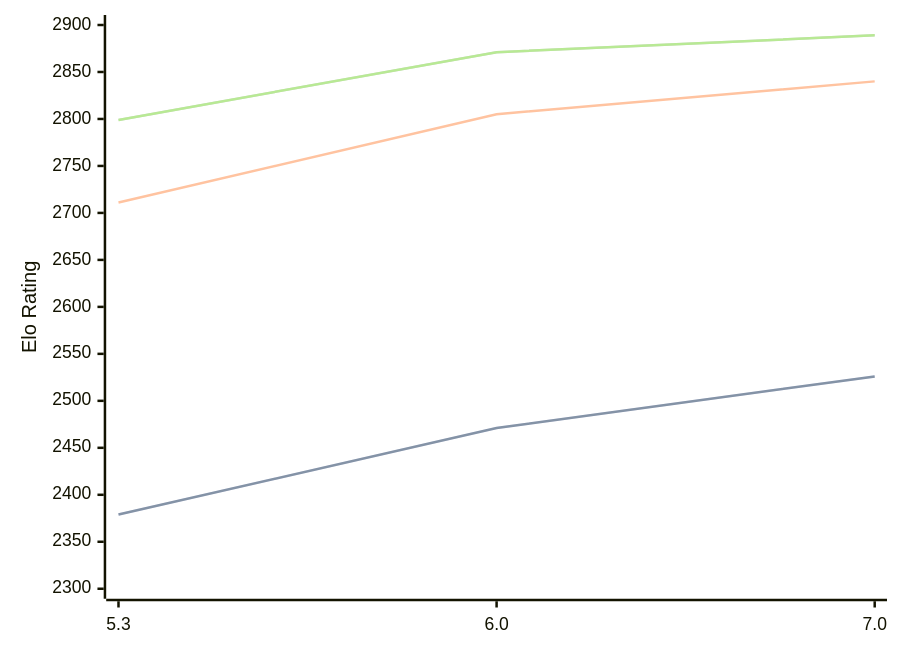
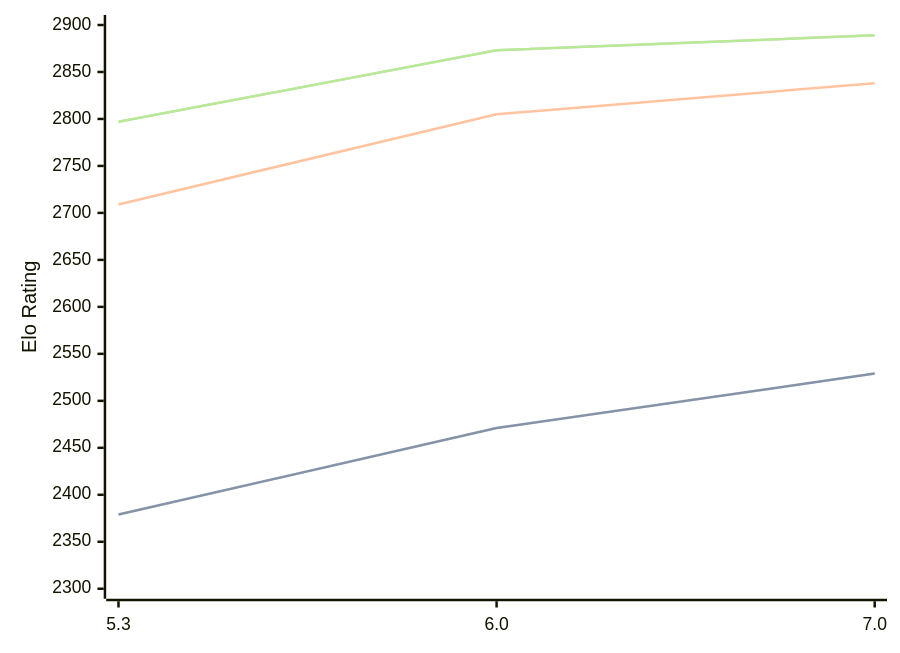
Before and after one commit to computer-chess-index/cci: the diagram in engines/tomitankChess.md, drawn with Mermaid. The commit also changed other lines of this file, not shown here.

Commit message:
Update CCI Ratings (ELO VLTC) - 2026-08-01

````diff
--- a/engines/tomitankChess.md
+++ b/engines/tomitankChess.md
@@ -41,11 +41,11 @@
 ```mermaid
 %%{init: {"theme":"base","themeVariables":{"seriesColors:['#a3a3a3','#222221','#faa371']}}}%%
 xychart-beta
   x-axis ["5.3", "6.0", "7.0"]
   y-axis "Elo Rating" 2300 --> 2900
-  line "STC (8.0+0.08s)" [2379, 2471, 2526]
-  line "STC (8.0+0.08s)" [2379, 2471, 2526]
-  line "LTC (60.0+0.60s)" [2711, 2805, 2840]
-  line "VLTC (2m24s+1.12s)" [2799, 2871, 2889]
-  line "VLTC (2m24s+1.12s)" [2799, 2871, 2889]
+  line "STC (8.0+0.08s)" [2379, 2471, 2529]
+  line "STC (8.0+0.08s)" [2379, 2471, 2529]
+  line "LTC (60.0+0.60s)" [2709, 2805, 2838]
+  line "VLTC (2m24s+1.12s)" [2797, 2873, 2889]
+  line "VLTC (2m24s+1.12s)" [2797, 2873, 2889]
 ```
````
